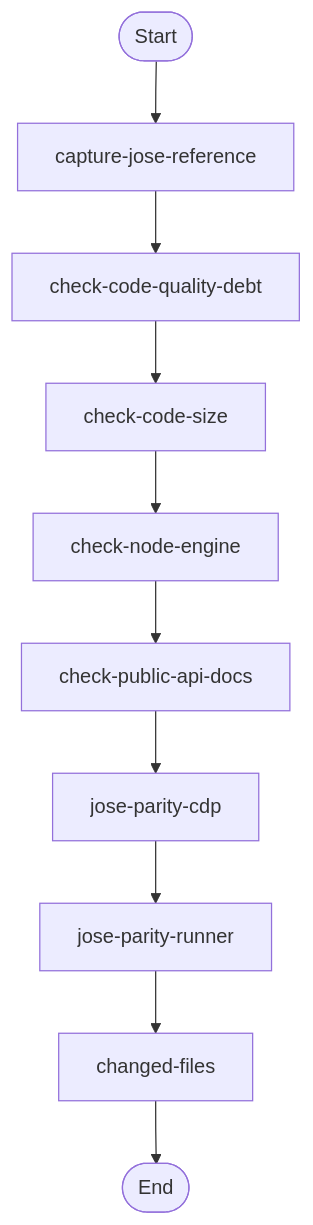
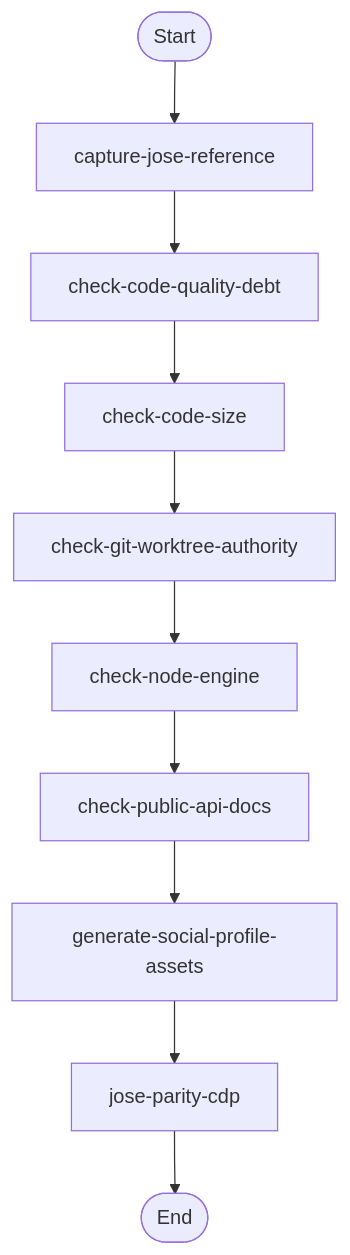
The diagram in .diagram/flow.mmd (jscraik/websites), drawn with Mermaid before and after one commit. The commit also changed 8 other files, not shown here.

First line of the commit message:
chore(diagrams): refresh architecture evidence

```diff
--- a/.diagram/flow.mmd
+++ b/.diagram/flow.mmd
@@ -1,20 +1,20 @@
 flowchart TD
   Start(["Start"])
   capture_jose_reference_e7b66705["capture-jose-reference"]
   Start --> capture_jose_reference_e7b66705
   check_code_quality_debt_cba04f67["check-code-quality-debt"]
   capture_jose_reference_e7b66705 --> check_code_quality_debt_cba04f67
   check_code_size_9c5efc3a["check-code-size"]
   check_code_quality_debt_cba04f67 --> check_code_size_9c5efc3a
+  check_git_worktree_authority_940ab26d["check-git-worktree-authority"]
+  check_code_size_9c5efc3a --> check_git_worktree_authority_940ab26d
   check_node_engine_217689bf["check-node-engine"]
-  check_code_size_9c5efc3a --> check_node_engine_217689bf
+  check_git_worktree_authority_940ab26d --> check_node_engine_217689bf
   check_public_api_docs_a9604f1b["check-public-api-docs"]
   check_node_engine_217689bf --> check_public_api_docs_a9604f1b
+  generate_social_profile_assets_f4f94011["generate-social-profile-assets"]
+  check_public_api_docs_a9604f1b --> generate_social_profile_assets_f4f94011
   jose_parity_cdp_bdcde21d["jose-parity-cdp"]
-  check_public_api_docs_a9604f1b --> jose_parity_cdp_bdcde21d
-  jose_parity_runner_50cc4344["jose-parity-runner"]
-  jose_parity_cdp_bdcde21d --> jose_parity_runner_50cc4344
-  changed_files_4c0102f6["changed-files"]
-  jose_parity_runner_50cc4344 --> changed_files_4c0102f6
+  generate_social_profile_assets_f4f94011 --> jose_parity_cdp_bdcde21d
   End(["End"])
-  changed_files_4c0102f6 --> End
+  jose_parity_cdp_bdcde21d --> End
```
